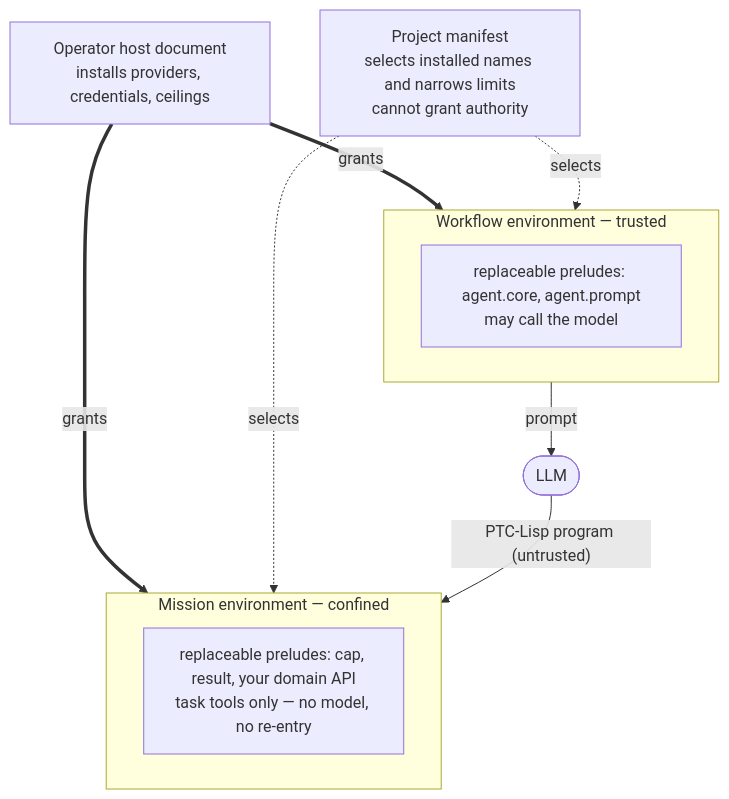
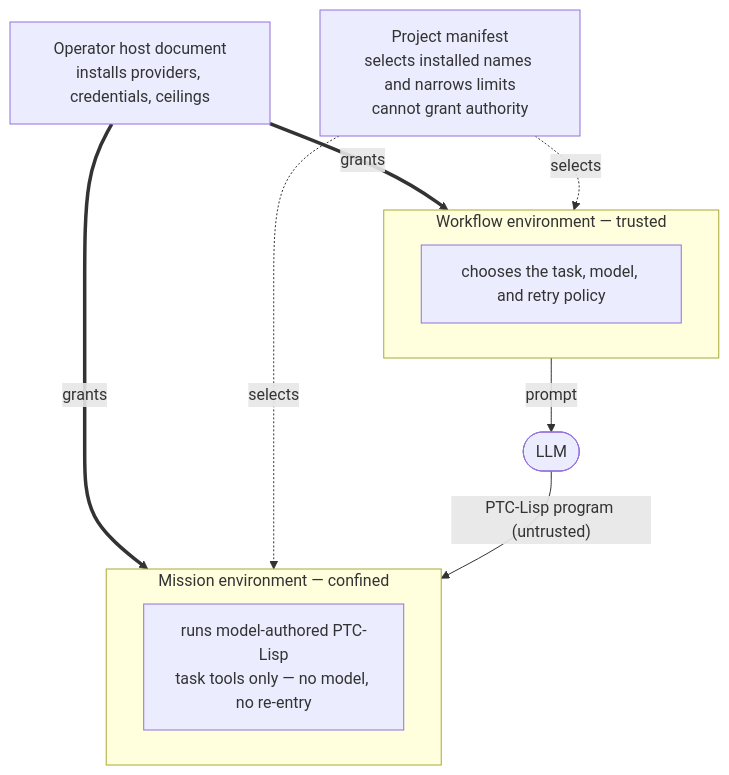
One commit to andreasronge/ptc_runner changed the diagram in README.md. Above: the diagram before and after it, drawn with Mermaid. The commit also changed other lines of this file and 32 other files, not shown here.

````diff
--- a/README.md
+++ b/README.md
@@ -42,20 +46,20 @@
 ```mermaid
 flowchart TB
   op["Operator host document<br/>installs providers, credentials, ceilings"]
   mf["Project manifest<br/>selects installed names and narrows limits<br/>cannot grant authority"]
 
   subgraph WF["Workflow environment — trusted"]
-    wp["replaceable preludes: agent.core, agent.prompt<br/>may call the model"]
+    wp["chooses the task, model, and retry policy"]
   end
 
   subgraph MS["Mission environment — confined"]
-    mp["replaceable preludes: cap, result, your domain API<br/>task tools only — no model, no re-entry"]
+    mp["runs model-authored PTC-Lisp<br/>task tools only — no model, no re-entry"]
   end
 
   op ==>|grants| WF
   op ==>|grants| MS
   mf -.->|selects| WF
   mf -.->|selects| MS
   WF -->|prompt| model(["LLM"])
   model -->|"PTC-Lisp program (untrusted)"| MS
 ```
````
